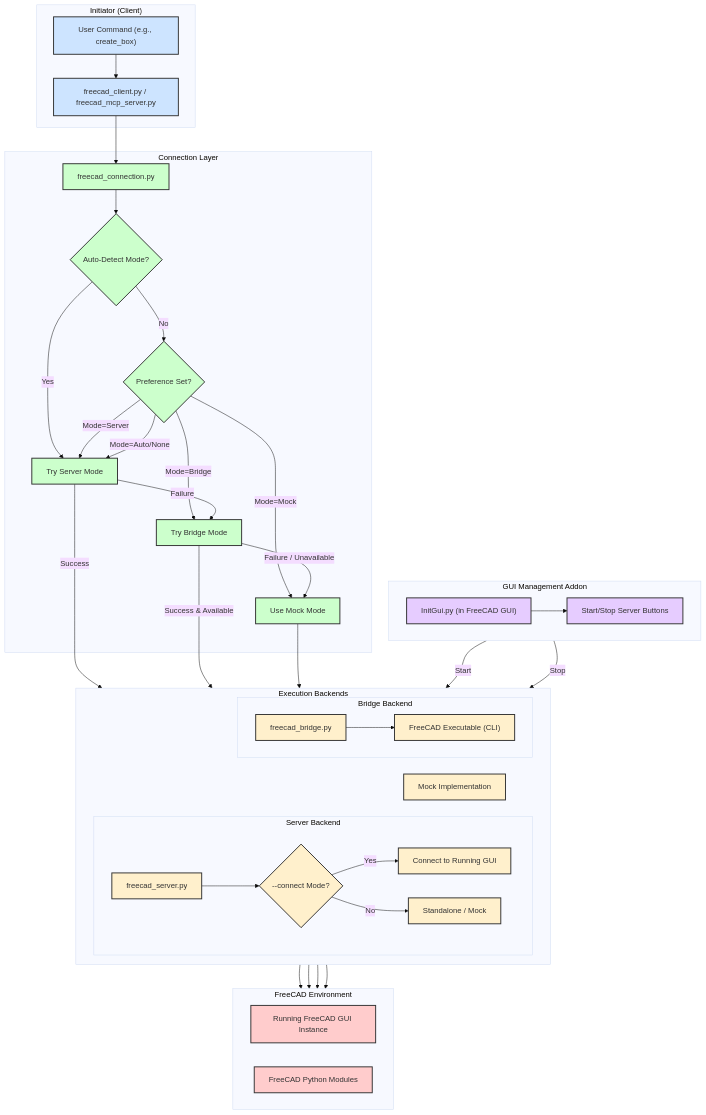
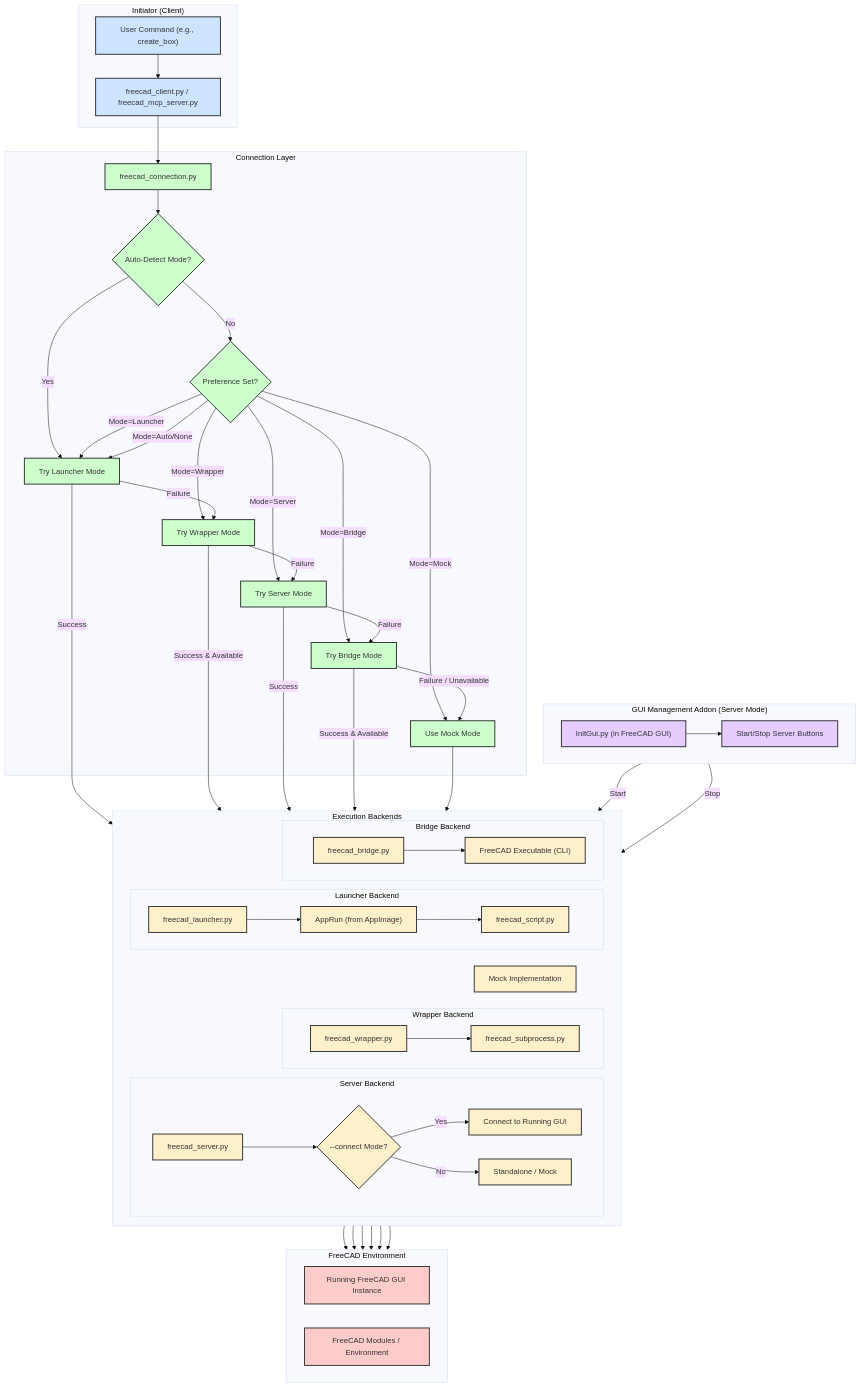
Before and after one commit to jango-blockchained/mcp-freecad: the diagram in docs/FLOWCHART.md, drawn with Mermaid (base theme). The commit also changed other lines of this file and 18 other files, not shown here.

First line of the commit message:
Update FreeCAD configuration and enhance server connection methods

````diff
--- a/docs/FLOWCHART.md
+++ b/docs/FLOWCHART.md
@@ -58,6 +60,8 @@
         FCConn["freecad_connection.py"]
         FCConn_Auto{"Auto-Detect Mode?"}
         FCConn_Pref{"Preference Set?"}
+        FCConn_Launcher["Try Launcher Mode"]
+        FCConn_Wrapper["Try Wrapper Mode"]
         FCConn_Server["Try Server Mode"]
         FCConn_Bridge["Try Bridge Mode"]
         FCConn_Mock["Use Mock Mode"]
@@ -65,6 +69,15 @@
 
     subgraph "Execution Backends"
         direction LR
+        subgraph "Launcher Backend"
+            FCLauncher["freecad_launcher.py"]
+            AppRun["AppRun (from AppImage)"]
+            FCScript["freecad_script.py"]
+        end
+        subgraph "Wrapper Backend"
+            FCWrapper["freecad_wrapper.py"]
+            FCSubprocess["freecad_subprocess.py"]
+        end
         subgraph "Server Backend"
             FCServer["freecad_server.py"]
             FCServer_Mode{"--connect Mode?"}
@@ -81,10 +94,10 @@
     subgraph "FreeCAD Environment"
         direction LR
         FreeCADApp["Running FreeCAD GUI Instance"]
-        FreeCADMod["FreeCAD Python Modules"]
+        FreeCADEnv["FreeCAD Modules / Environment"]
     end
 
-    subgraph "GUI Management Addon"
+    subgraph "GUI Management Addon (Server Mode)"
         direction LR
         GUIIndicator["InitGui.py (in FreeCAD GUI)"]
         StartStop["Start/Stop Server Buttons"]
@@ -96,32 +109,48 @@
 
     %% Connection Logic
     FCConn --> FCConn_Auto
-    FCConn_Auto -- Yes --> FCConn_Server
+    FCConn_Auto -- Yes --> FCConn_Launcher
     FCConn_Auto -- No --> FCConn_Pref
+
+    FCConn_Pref -- Mode=Launcher --> FCConn_Launcher
+    FCConn_Pref -- Mode=Wrapper --> FCConn_Wrapper
     FCConn_Pref -- Mode=Server --> FCConn_Server
     FCConn_Pref -- Mode=Bridge --> FCConn_Bridge
     FCConn_Pref -- Mode=Mock --> FCConn_Mock
-    FCConn_Pref -- Mode=Auto/None --> FCConn_Server
+    FCConn_Pref -- Mode=Auto/None --> FCConn_Launcher
 
+    FCConn_Launcher -- Success --> FCLauncher
+    FCConn_Launcher -- Failure --> FCConn_Wrapper
+    FCConn_Wrapper -- Success & Available --> FCWrapper
+    FCConn_Wrapper -- Failure --> FCConn_Server
     FCConn_Server -- Success --> FCServer
     FCConn_Server -- Failure --> FCConn_Bridge
     FCConn_Bridge -- Success & Available --> FCBridge
     FCConn_Bridge -- Failure / Unavailable --> FCConn_Mock
     FCConn_Mock --> Mock
 
+    %% Launcher Backend Flow
+    FCLauncher --> AppRun
+    AppRun --> FCScript
+    FCScript --> FreeCADEnv
+
+    %% Wrapper Backend Flow
+    FCWrapper --> FCSubprocess
+    FCSubprocess --> FreeCADEnv
+
     %% Server Backend Flow
     FCServer --> FCServer_Mode
     FCServer_Mode -- Yes --> FCServer_Connect
     FCServer_Mode -- No --> FCServer_Standalone
     FCServer_Connect --> FreeCADApp
-    FCServer_Standalone --> FreeCADMod
-    FCServer --> FreeCADMod
+    FCServer_Standalone --> FreeCADEnv
+    FCServer --> FreeCADEnv
 
     %% Bridge Backend Flow
     FCBridge --> FCExt
-    FCExt --> FreeCADMod
+    FCExt --> FreeCADEnv
 
-    %% GUI Indicator Flow
+    %% GUI Indicator Flow (Server Mode)
     GUIIndicator --> StartStop
     StartStop -- Start --> FCServer
     StartStop -- Stop --> FCServer
@@ -134,8 +163,8 @@
     classDef gui fill:#e6ccff,stroke:#333,stroke-width:2px;
 
     class UC,Client client;
-    class FCConn,FCConn_Auto,FCConn_Pref,FCConn_Server,FCConn_Bridge,FCConn_Mock conn;
-    class FCServer,FCServer_Mode,FCServer_Standalone,FCServer_Connect,FCBridge,FCExt,Mock backend;
-    class FreeCADApp,FreeCADMod freecad;
+    class FCConn,FCConn_Auto,FCConn_Pref,FCConn_Launcher,FCConn_Wrapper,FCConn_Server,FCConn_Bridge,FCConn_Mock conn;
+    class FCLauncher,AppRun,FCScript,FCWrapper,FCSubprocess,FCServer,FCServer_Mode,FCServer_Standalone,FCServer_Connect,FCBridge,FCExt,Mock backend;
+    class FreeCADApp,FreeCADEnv freecad;
     class GUIIndicator,StartStop gui;
 ```
````
